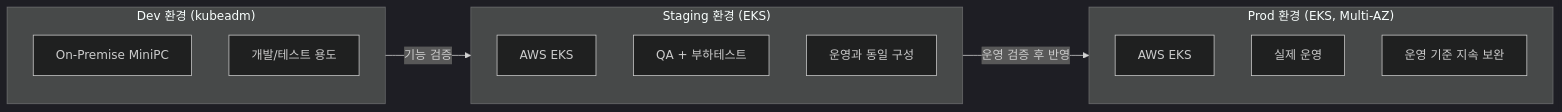
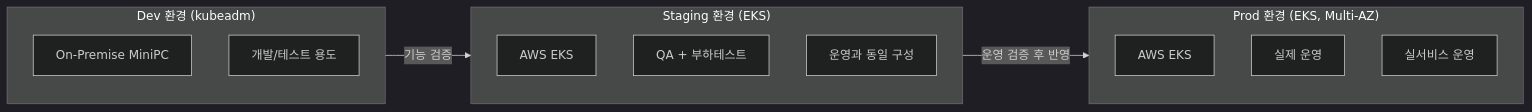
The diagram in docs/content/infrastructure/environment.md (goorm-gongbang/001-finalPR), drawn with Mermaid (dark theme) before and after one commit. The commit also changed other lines of this file and 12 other files, not shown here.

````diff
--- a/docs/content/infrastructure/environment.md
+++ b/docs/content/infrastructure/environment.md
@@ -15,22 +15,22 @@
 ```mermaid
 flowchart LR
     subgraph Dev["Dev 환경 (kubeadm)"]
         D1[On-Premise MiniPC]
         D2[개발/테스트 용도]
     end
 
     subgraph Staging["Staging 환경 (EKS)"]
         S1[AWS EKS]
         S2[QA + 부하테스트]
         S3[운영과 동일 구성]
     end
 
     subgraph Prod["Prod 환경 (EKS, Multi-AZ)"]
         P1[AWS EKS]
         P2[실제 운영]
-        P3[운영 기준 지속 보완]
+        P3[실서비스 운영]
     end
 
     Dev -->|"기능 검증"| Staging
     Staging -->|"운영 검증 후 반영"| Prod
 ```
````
